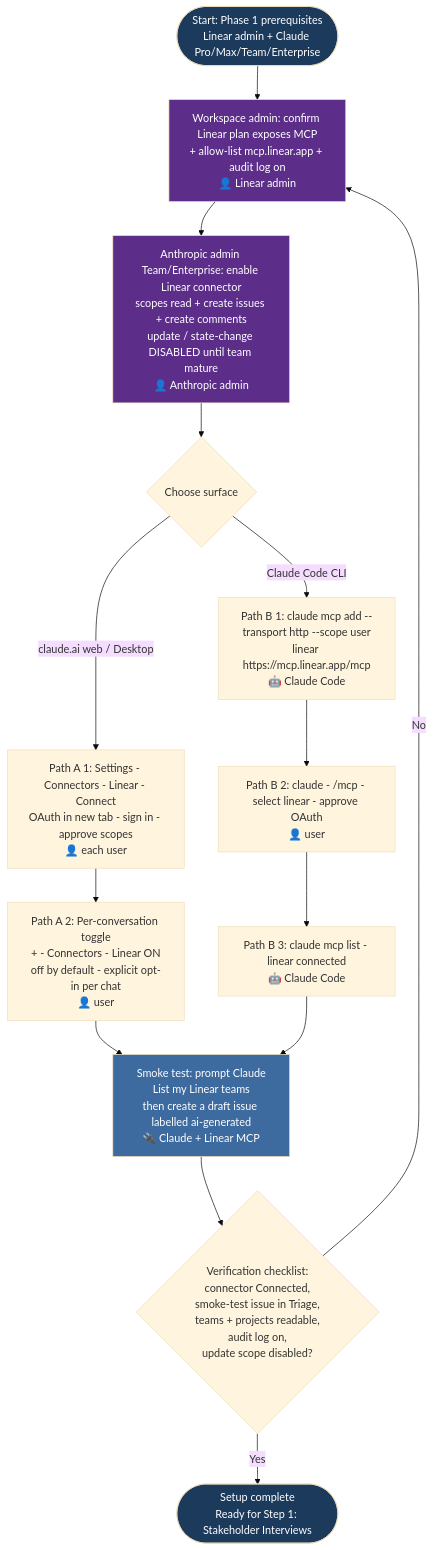
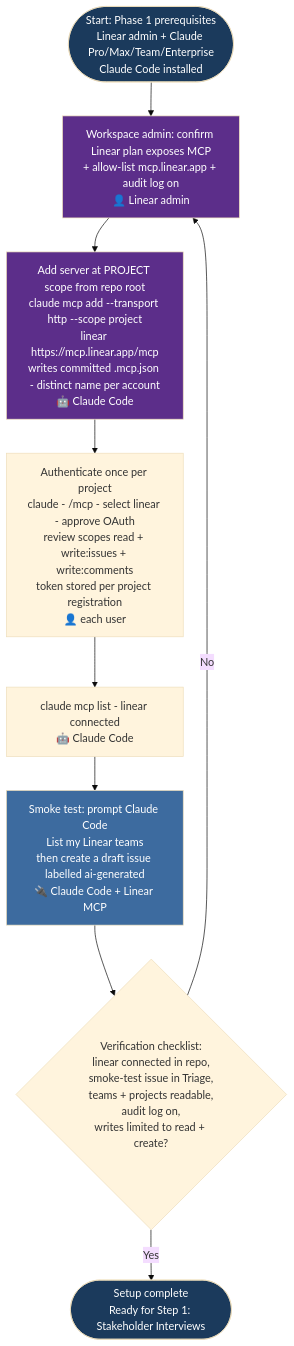
Before and after one commit to kalpat-allion/ai-dlc: the first of 6 diagrams in aidlc-phases/01-requirement-gathering/FLOWCHART.md, drawn with Mermaid (base theme). The commit also changed other lines of this file and 25 other files, not shown here.

Commit message:
project scoped mcp

````diff
--- a/aidlc-phases/01-requirement-gathering/FLOWCHART.md
+++ b/aidlc-phases/01-requirement-gathering/FLOWCHART.md
@@ -46,34 +46,28 @@
 ```mermaid
 flowchart TD
-    S0_START([Start: Phase 1 prerequisites<br/>Linear admin + Claude Pro/Max/Team/Enterprise]) --> S0_ADMIN
+    S0_START([Start: Phase 1 prerequisites<br/>Linear admin + Claude Pro/Max/Team/Enterprise<br/>Claude Code installed]) --> S0_ADMIN
 
     S0_ADMIN[Workspace admin: confirm Linear plan exposes MCP<br/>+ allow-list mcp.linear.app + audit log on<br/>👤 Linear admin]
-    S0_ADMIN --> S0_ANTH
+    S0_ADMIN --> S0_ADD
 
-    S0_ANTH[Anthropic admin Team/Enterprise: enable Linear connector<br/>scopes read + create issues + create comments<br/>update / state-change DISABLED until team mature<br/>👤 Anthropic admin]
-    S0_ANTH --> S0_PATH{Choose surface}
+    S0_ADD[Add server at PROJECT scope from repo root<br/>claude mcp add --transport http --scope project<br/>linear https://mcp.linear.app/mcp<br/>writes committed .mcp.json - distinct name per account<br/>🤖 Claude Code]
+    S0_ADD --> S0_AUTH
 
-    S0_PATH -- claude.ai web / Desktop --> S0_A1
-    S0_PATH -- Claude Code CLI --> S0_B1
+    S0_AUTH[Authenticate once per project<br/>claude - /mcp - select linear - approve OAuth<br/>review scopes read + write:issues + write:comments<br/>token stored per project registration<br/>👤 each user]
+    S0_AUTH --> S0_VER
 
-    S0_A1[Path A 1: Settings - Connectors - Linear - Connect<br/>OAuth in new tab - sign in - approve scopes<br/>👤 each user]
-    S0_A1 --> S0_A2[Path A 2: Per-conversation toggle<br/>+ - Connectors - Linear ON<br/>off by default - explicit opt-in per chat<br/>👤 user]
-    S0_A2 --> S0_TEST
+    S0_VER[claude mcp list - linear connected<br/>🤖 Claude Code]
+    S0_VER --> S0_TEST
 
-    S0_B1[Path B 1: claude mcp add --transport http --scope user<br/>linear https://mcp.linear.app/mcp<br/>🤖 Claude Code]
-    S0_B1 --> S0_B2[Path B 2: claude - /mcp - select linear - approve OAuth<br/>👤 user]
-    S0_B2 --> S0_B3[Path B 3: claude mcp list - linear connected<br/>🤖 Claude Code]
-    S0_B3 --> S0_TEST
-
-    S0_TEST[Smoke test: prompt Claude<br/>List my Linear teams<br/>then create a draft issue labelled ai-generated<br/>🔌 Claude + Linear MCP]
-    S0_TEST --> S0_VERIFY{Verification checklist:<br/>connector Connected,<br/>smoke-test issue in Triage,<br/>teams + projects readable,<br/>audit log on,<br/>update scope disabled?}
+    S0_TEST[Smoke test: prompt Claude Code<br/>List my Linear teams<br/>then create a draft issue labelled ai-generated<br/>🔌 Claude Code + Linear MCP]
+    S0_TEST --> S0_VERIFY{Verification checklist:<br/>linear connected in repo,<br/>smoke-test issue in Triage,<br/>teams + projects readable,<br/>audit log on,<br/>writes limited to read + create?}
 
     S0_VERIFY -- No --> S0_ADMIN
     S0_VERIFY -- Yes --> S0_END([Setup complete<br/>Ready for Step 1: Stakeholder Interviews])
 
     style S0_START fill:#1B3A5C,color:#fff
     style S0_END fill:#1B3A5C,color:#fff
     style S0_ADMIN fill:#5C2E8A,color:#fff
-    style S0_ANTH fill:#5C2E8A,color:#fff
+    style S0_ADD fill:#5C2E8A,color:#fff
     style S0_TEST fill:#3D6B9F,color:#fff
 ```
````
